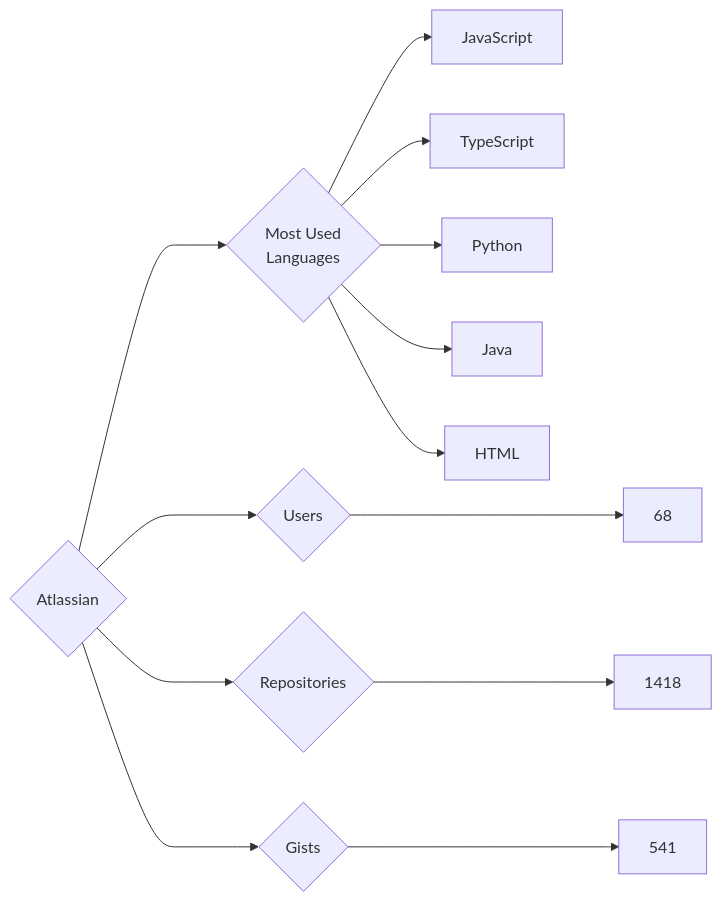
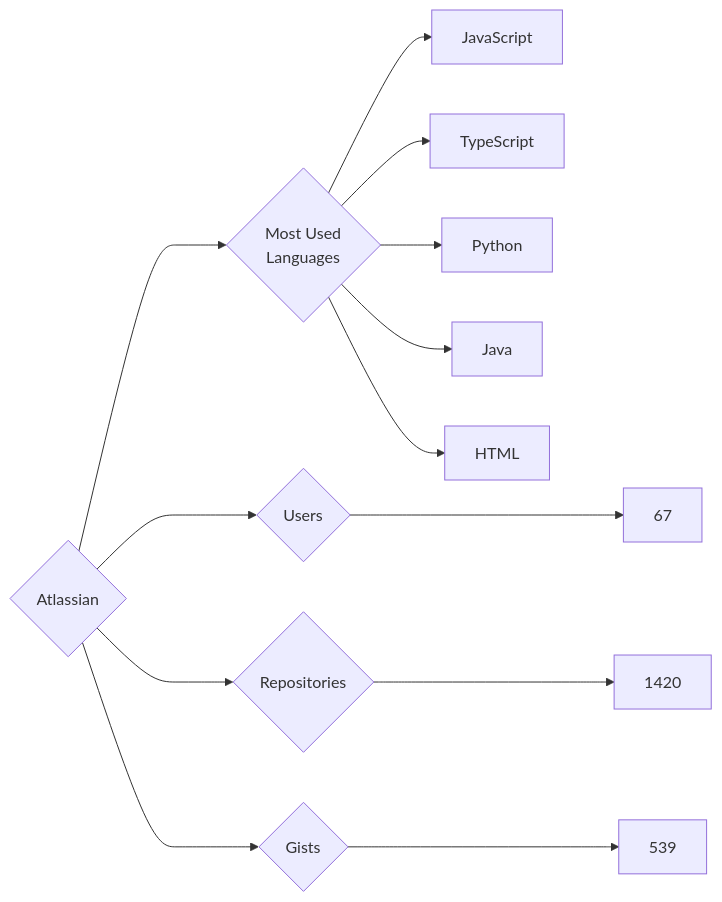
The diagram in targets/Atlassian/README.md (trickest/insiders), drawn with Mermaid before and after one commit. The commit also changed 1030 other files, not shown here.

````diff
--- a/targets/Atlassian/README.md
+++ b/targets/Atlassian/README.md
@@ -3,13 +3,13 @@
 ```mermaid
 graph LR
 COMPANY_NAME{Atlassian}
-COMPANY_NAME ---> U{Users} ---> UN[68]
-COMPANY_NAME ---> R{Repositories} ---> RN[1418]
-COMPANY_NAME ---> G{Gists} ---> GN[541]
+COMPANY_NAME ---> U{Users} ---> UN[67]
+COMPANY_NAME ---> R{Repositories} ---> RN[1420]
+COMPANY_NAME ---> G{Gists} ---> GN[539]
 COMPANY_NAME ---> ML{Most Used<br>Languages}
 ML --> JavaScript[JavaScript]
 ML --> TypeScript[TypeScript]
 ML --> Python[Python]
 ML --> Java[Java]
 ML --> HTML[HTML]
 ```
````
